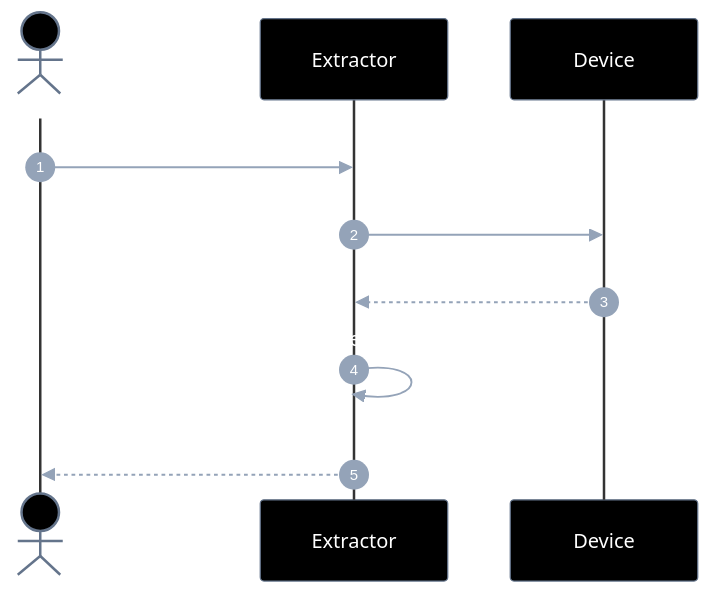
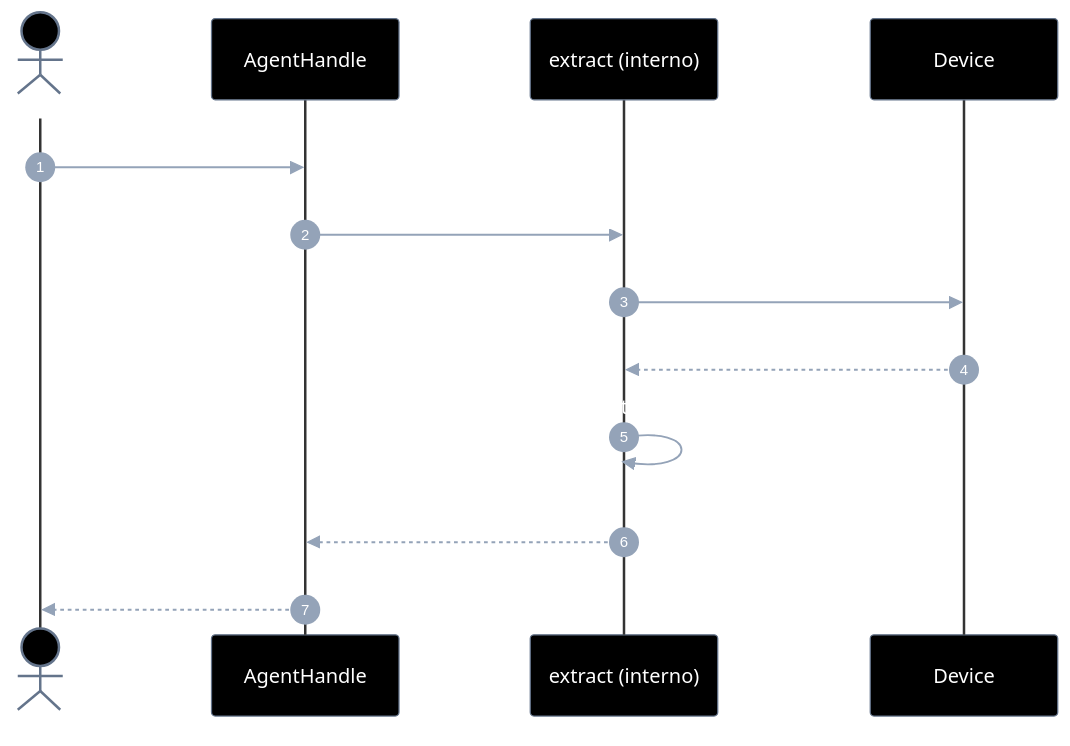
Before and after one commit to laerciogermano/workstation: the first of 2 diagrams in connectmax/screen-robot/implementation-plan/EP-05-extrair-elementos.md, drawn with Mermaid. The commit also changed other lines of this file and 5 other files, not shown here.

First line of the commit message:
Alinha planos EP-03..06 ao padrão do handle (provisionar → métodos no AgentHandle).

````diff
--- a/connectmax/screen-robot/implementation-plan/EP-05-extrair-elementos.md
+++ b/connectmax/screen-robot/implementation-plan/EP-05-extrair-elementos.md
@@ -154,54 +58,56 @@
 ```mermaid
 ---
 config:
   theme: base
   themeVariables:
     darkMode: true
     background: '#000000'
     primaryColor: '#000000'
     primaryTextColor: '#ffffff'
     primaryBorderColor: '#64748b'
     secondaryColor: '#000000'
     secondaryTextColor: '#ffffff'
     secondaryBorderColor: '#64748b'
     tertiaryColor: '#000000'
     tertiaryTextColor: '#ffffff'
     tertiaryBorderColor: '#64748b'
     lineColor: '#64748b'
     textColor: '#ffffff'
     mainBkg: '#000000'
     nodeBorder: '#64748b'
     clusterBkg: '#000000'
     clusterBorder: '#333333'
     titleColor: '#ffffff'
     edgeLabelBackground: '#000000'
     actorBkg: '#000000'
     actorBorder: '#64748b'
     actorTextColor: '#ffffff'
     actorLineColor: '#333333'
     signalColor: '#94a3b8'
     signalTextColor: '#ffffff'
     labelBoxBkgColor: '#000000'
     labelBoxBorderColor: '#64748b'
     labelTextColor: '#ffffff'
-    loopTextColor: '#ffffff'
     noteBorderColor: '#64748b'
     noteBkgColor: '#111111'
     noteTextColor: '#ffffff'
     activationBorderColor: '#64748b'
     activationBkgColor: '#1a1a1a'
     sequenceNumberColor: '#ffffff'
     classText: '#ffffff'
 ---
 sequenceDiagram
   autonumber
   actor Dev as Caller
-  participant X as Extractor
+  participant H as AgentHandle
+  participant X as extract (interno)
   participant D as Device
 
-  Dev->>X: extractIcons(serial|tree)
-  X->>D: dump / frame
-  D-->>X: xml|frame
-  X->>X: filtrar ImageView / icon nodes
-  X-->>Dev: tree kind=icon
+  Dev->>H: extract(kind, opts?)
+  H->>X: dispatch(kind, serial)
+  X->>D: uiautomator dump / frame
+  D-->>X: xml / pixels
+  X->>X: parse + tipar nós
+  X-->>H: ComponentTree | nodes
+  H-->>Dev: resultado
 ```
````
